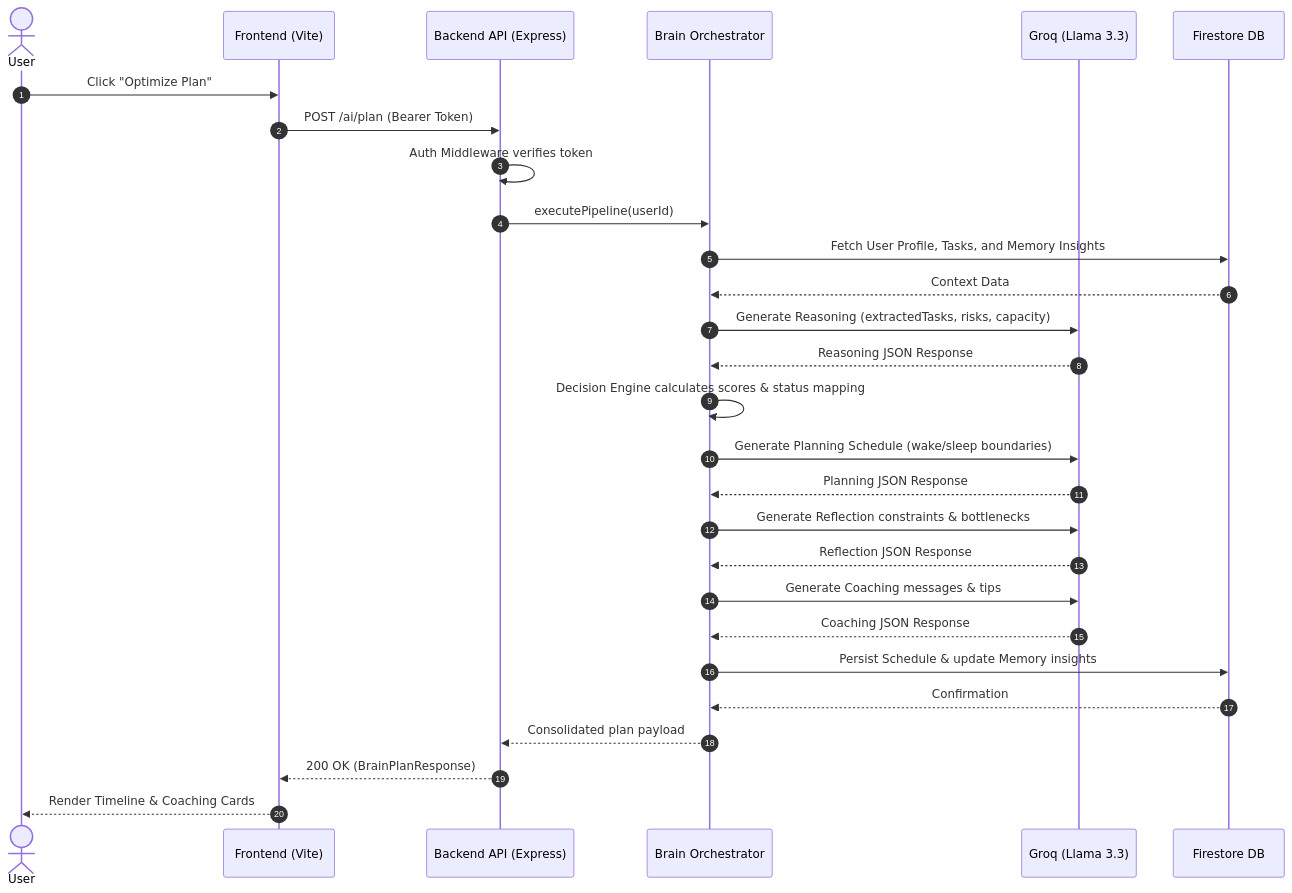
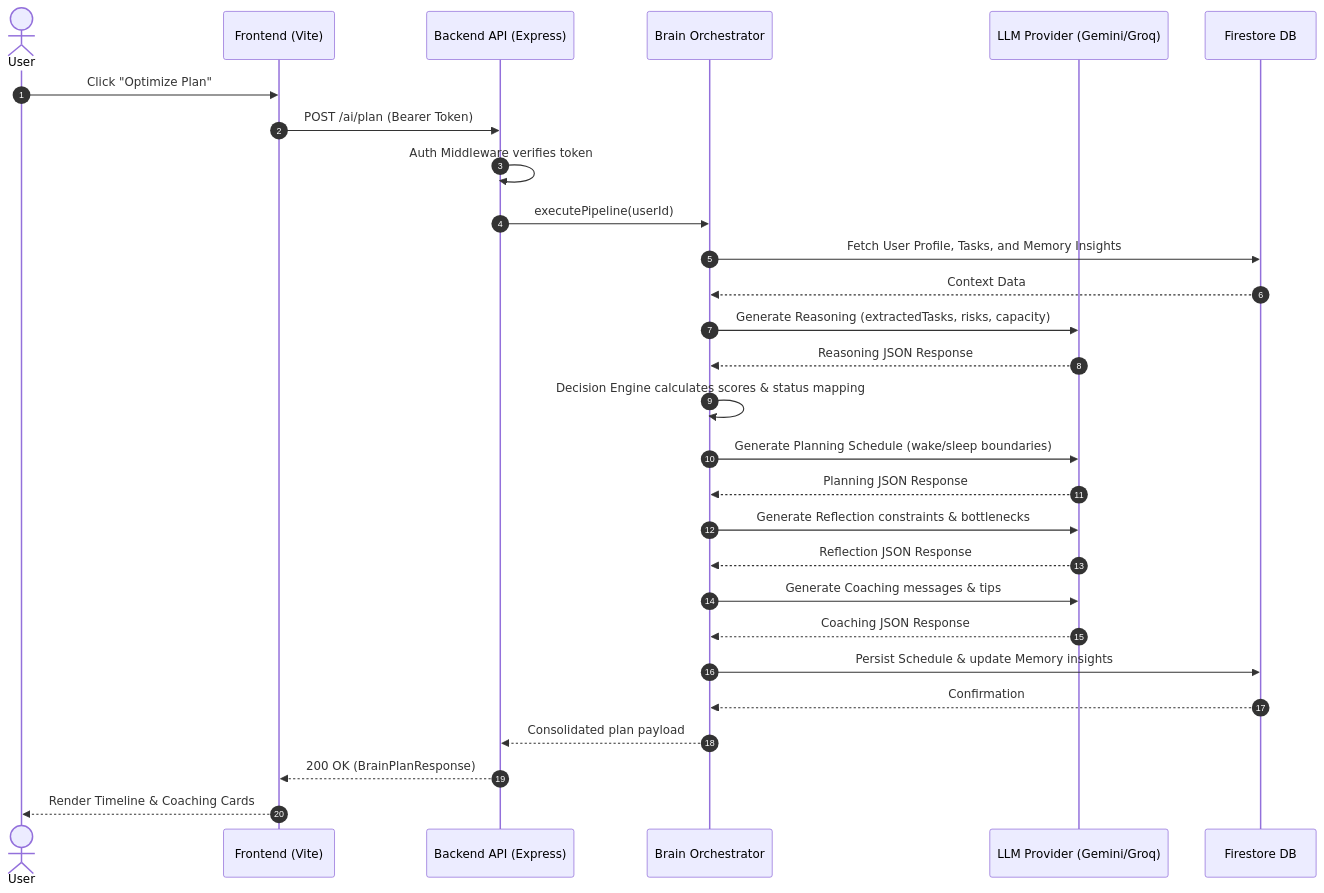
One commit to Nitish-0710/vibe2ship-momentum changed the seventh of 7 diagrams in README.md. Above: the diagram before and after it, drawn with Mermaid. The commit also changed other lines of this file and 5 other files, not shown here.

Commit message:
feat: implement dual-provider LLM architecture supporting Gemini and Groq

````diff
--- a/README.md
+++ b/README.md
@@ -377,31 +377,31 @@
 ```mermaid
 sequenceDiagram
     autonumber
     actor User
     participant Frontend as Frontend (Vite)
     participant Backend as Backend API (Express)
     participant Orchestrator as Brain Orchestrator
-    participant Groq as Groq (Llama 3.3)
+    participant LLM as LLM Provider (Gemini/Groq)
     participant Firestore as Firestore DB
 
     User->>Frontend: Click "Optimize Plan"
     Frontend->>Backend: POST /ai/plan (Bearer Token)
     Backend->>Backend: Auth Middleware verifies token
     Backend->>Orchestrator: executePipeline(userId)
     Orchestrator->>Firestore: Fetch User Profile, Tasks, and Memory Insights
     Firestore-->>Orchestrator: Context Data
-    Orchestrator->>Groq: Generate Reasoning (extractedTasks, risks, capacity)
-    Groq-->>Orchestrator: Reasoning JSON Response
+    Orchestrator->>LLM: Generate Reasoning (extractedTasks, risks, capacity)
+    LLM-->>Orchestrator: Reasoning JSON Response
     Orchestrator->>Orchestrator: Decision Engine calculates scores & status mapping
-    Orchestrator->>Groq: Generate Planning Schedule (wake/sleep boundaries)
-    Groq-->>Orchestrator: Planning JSON Response
-    Orchestrator->>Groq: Generate Reflection constraints & bottlenecks
-    Groq-->>Orchestrator: Reflection JSON Response
-    Orchestrator->>Groq: Generate Coaching messages & tips
-    Groq-->>Orchestrator: Coaching JSON Response
+    Orchestrator->>LLM: Generate Planning Schedule (wake/sleep boundaries)
+    LLM-->>Orchestrator: Planning JSON Response
+    Orchestrator->>LLM: Generate Reflection constraints & bottlenecks
+    LLM-->>Orchestrator: Reflection JSON Response
+    Orchestrator->>LLM: Generate Coaching messages & tips
+    LLM-->>Orchestrator: Coaching JSON Response
     Orchestrator->>Firestore: Persist Schedule & update Memory insights
     Firestore-->>Orchestrator: Confirmation
     Orchestrator-->>Backend: Consolidated plan payload
     Backend-->>Frontend: 200 OK (BrainPlanResponse)
     Frontend-->>User: Render Timeline & Coaching Cards
 ```
````
